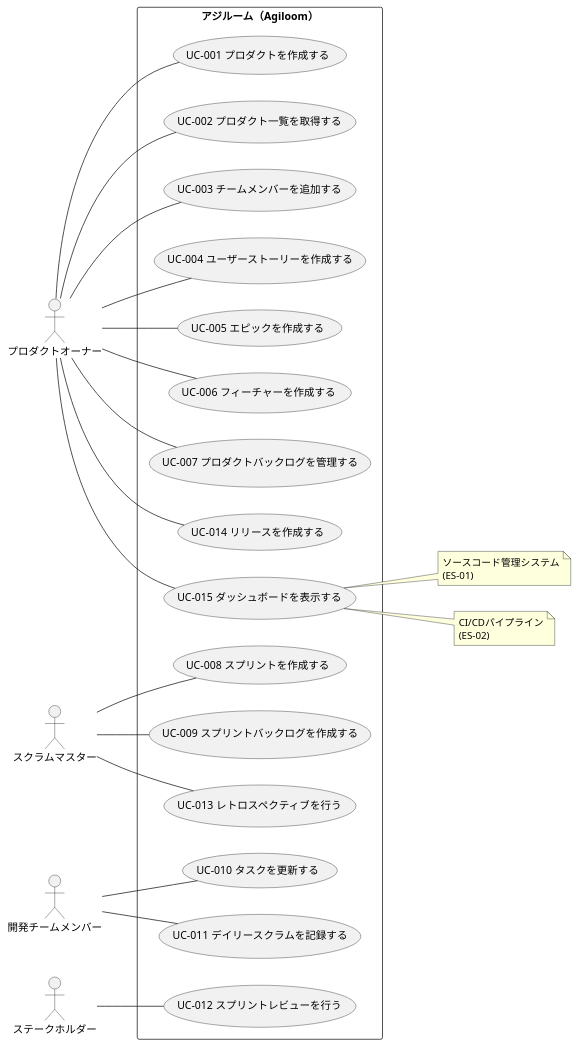
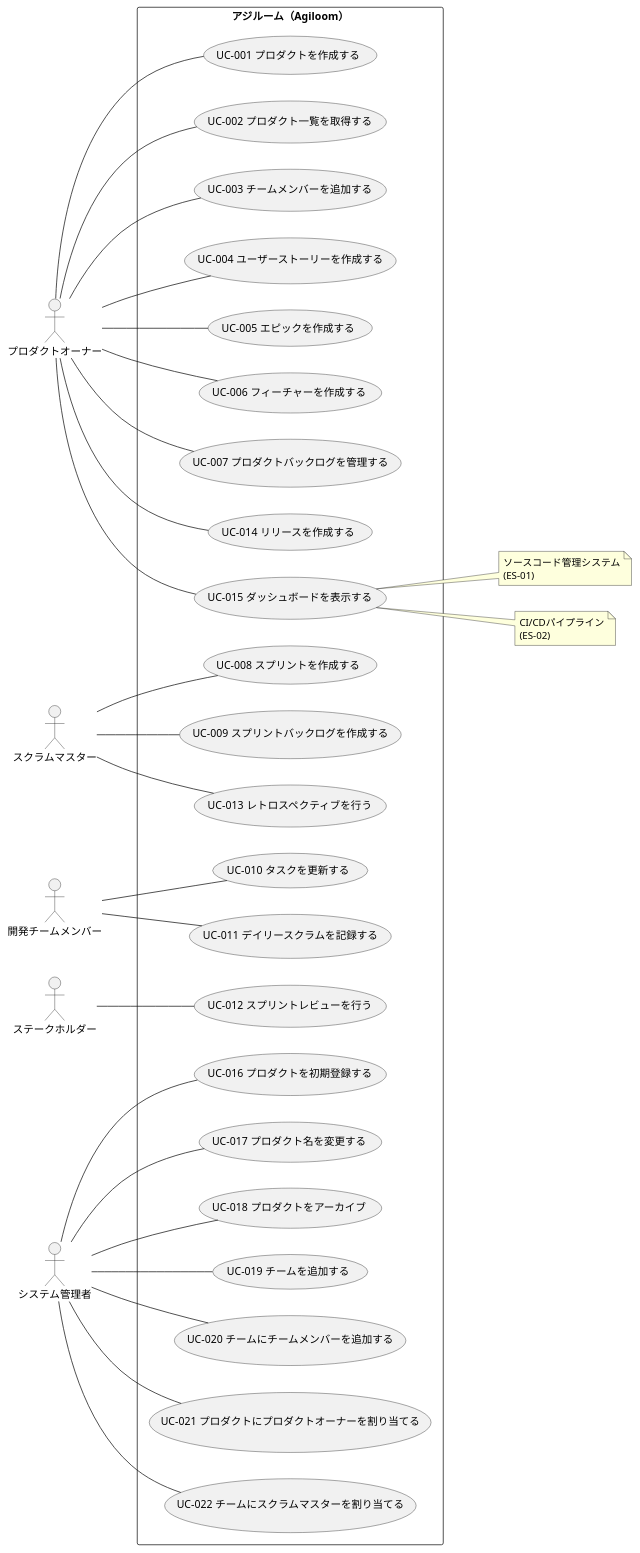
Before and after one commit to mizo432/modulith-learning: the diagram in docs/12 RDRA モデル/06 機能要件/AG アジルーム/03.システム境界/03.ユースケース/03.ユースケース図.md, drawn with PlantUML. The commit also changed other lines of this file and 9 other files, not shown here.

````diff
--- a/docs/12 RDRA モデル/06 機能要件/AG アジルーム/03.システム境界/03.ユースケース/03.ユースケース図.md
+++ b/docs/12 RDRA モデル/06 機能要件/AG アジルーム/03.システム境界/03.ユースケース/03.ユースケース図.md
@@ -7,54 +7,70 @@
 ```plantuml
 @startuml
 left to right direction
 
 actor "プロダクトオーナー" as po
 actor "スクラムマスター" as sm
 actor "開発チームメンバー" as dev
 actor "ステークホルダー" as stake
+actor "システム管理者" as admin
 
 rectangle "アジルーム（Agiloom）" {
   usecase "UC-001 プロダクトを作成する" as UC001
   usecase "UC-002 プロダクト一覧を取得する" as UC002
   usecase "UC-003 チームメンバーを追加する" as UC003
   usecase "UC-004 ユーザーストーリーを作成する" as UC004
   usecase "UC-005 エピックを作成する" as UC005
   usecase "UC-006 フィーチャーを作成する" as UC006
   usecase "UC-007 プロダクトバックログを管理する" as UC007
   usecase "UC-008 スプリントを作成する" as UC008
   usecase "UC-009 スプリントバックログを作成する" as UC009
   usecase "UC-010 タスクを更新する" as UC010
   usecase "UC-011 デイリースクラムを記録する" as UC011
   usecase "UC-012 スプリントレビューを行う" as UC012
   usecase "UC-013 レトロスペクティブを行う" as UC013
   usecase "UC-014 リリースを作成する" as UC014
   usecase "UC-015 ダッシュボードを表示する" as UC015
+  usecase "UC-016 プロダクトを初期登録する" as UC016
+  usecase "UC-017 プロダクト名を変更する" as UC017
+  usecase "UC-018 プロダクトをアーカイブ" as UC018
+  usecase "UC-019 チームを追加する" as UC019
+  usecase "UC-020 チームにチームメンバーを追加する" as UC020
+  usecase "UC-021 プロダクトにプロダクトオーナーを割り当てる" as UC021
+  usecase "UC-022 チームにスクラムマスターを割り当てる" as UC022
 }
 
 note "ソースコード管理システム\n(ES-01)" as es1
 note "CI/CDパイプライン\n(ES-02)" as es2
 
 po -- UC001
 po -- UC002
 po -- UC003
 po -- UC004
 po -- UC005
 po -- UC006
 po -- UC007
 po -- UC014
 po -- UC015
 
 sm -- UC008
 sm -- UC009
 sm -- UC013
 
 dev -- UC010
 dev -- UC011
 
 stake -- UC012
 
+admin -- UC016
+admin -- UC017
+admin -- UC018
+admin -- UC019
+admin -- UC020
+admin -- UC021
+admin -- UC022
+
 UC015 ..> es1 : 連携
 UC015 ..> es2 : 連携
 
 @enduml
 ```
````
